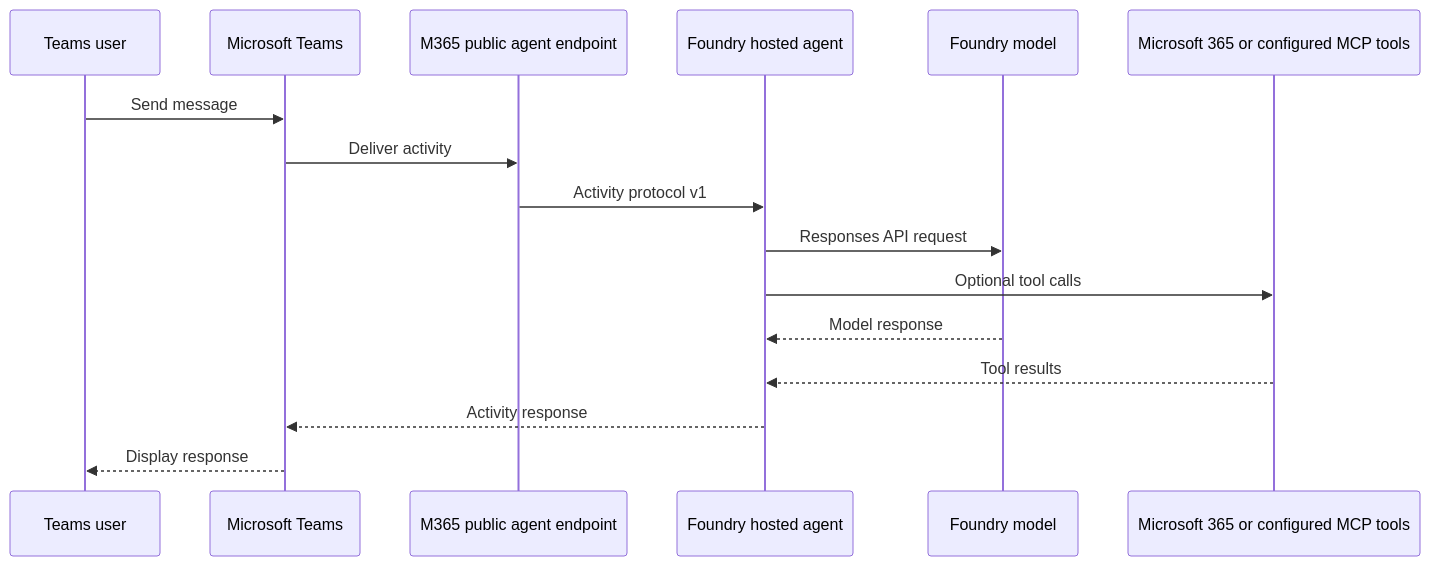
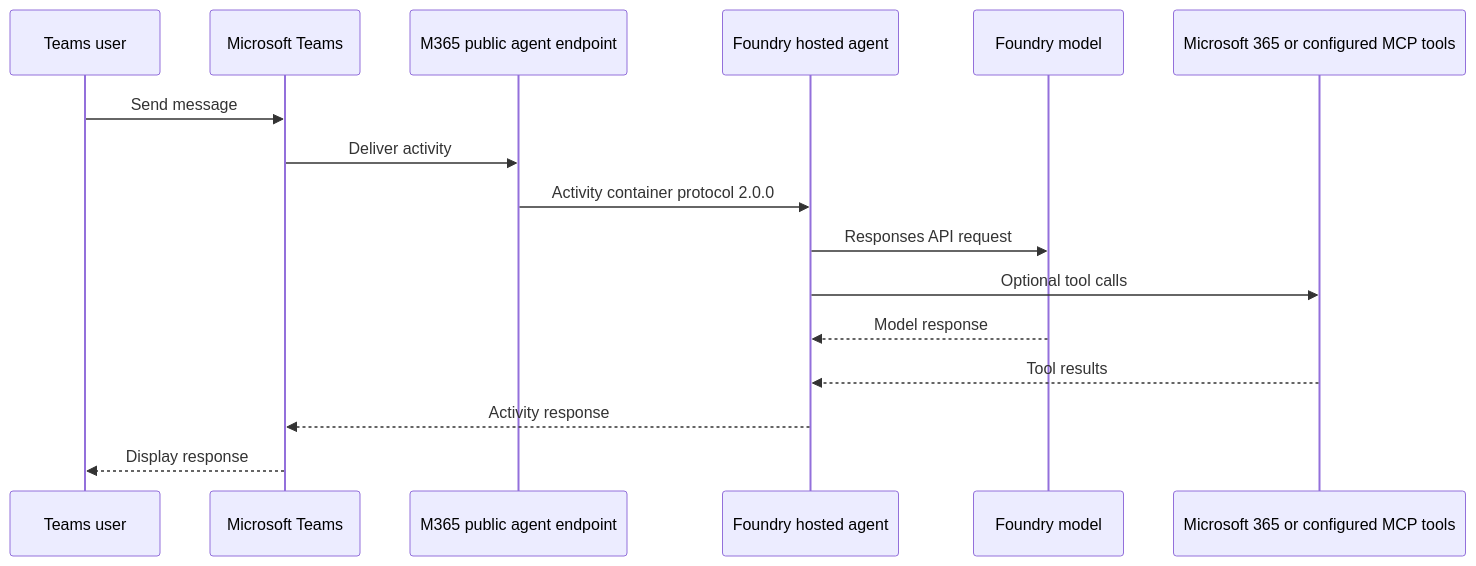
Diagram 12 of 12 in samples/python/foundry-autopilot-agent/private-network-architecture-readme.md (microsoft-foundry/foundry-samples), drawn with Mermaid before and after one commit. The commit also changed 12 other files, not shown here.

````diff
--- a/samples/python/foundry-autopilot-agent/private-network-architecture-readme.md
+++ b/samples/python/foundry-autopilot-agent/private-network-architecture-readme.md
@@ -385,19 +385,19 @@
 ```mermaid
 sequenceDiagram
     participant User as Teams user
     participant Teams as Microsoft Teams
     participant Endpoint as M365 public agent endpoint
     participant Agent as Foundry hosted agent
     participant Model as Foundry model
     participant Tools as Microsoft 365 or configured MCP tools
 
     User->>Teams: Send message
     Teams->>Endpoint: Deliver activity
-    Endpoint->>Agent: Activity protocol v1
+    Endpoint->>Agent: Activity container protocol 2.0.0
     Agent->>Model: Responses API request
     Agent->>Tools: Optional tool calls
     Model-->>Agent: Model response
     Tools-->>Agent: Tool results
     Agent-->>Teams: Activity response
     Teams-->>User: Display response
 ```
````
